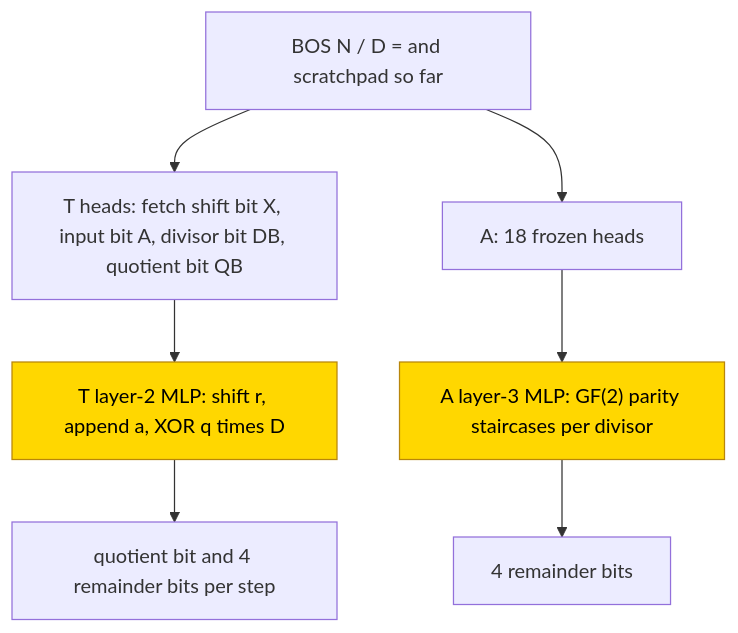
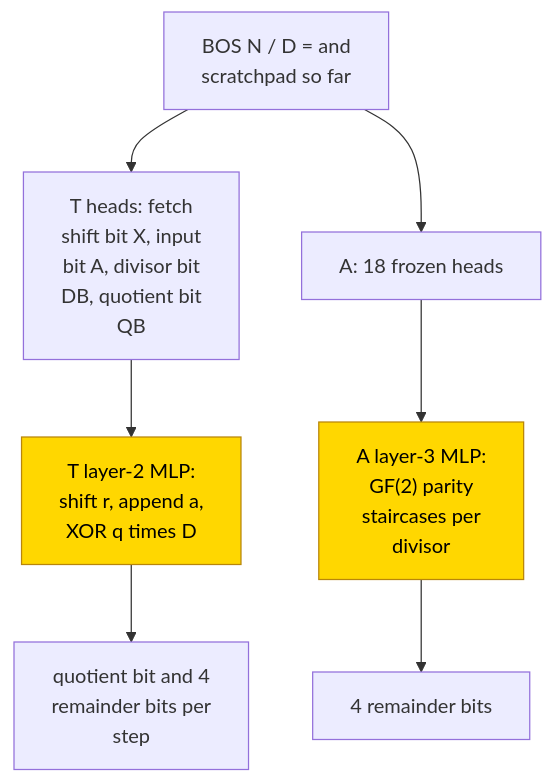
The first of 2 diagrams in entries/crc-remainder.md (jc1122/mechanistic-interpretability-circuit-atlas), drawn with Mermaid before and after one commit. The commit also changed other lines of this file and 39 other files, not shown here.

````diff
--- a/entries/crc-remainder.md
+++ b/entries/crc-remainder.md
@@ -97,13 +97,13 @@
 ```mermaid
 flowchart TD
     accTitle: Hand-built scratchpad and answer-only remainder routes
     accDescr: Scratchpad heads fetch shift, input, divisor and quotient bits before the stage shifts and XORs the conditional divisor. The answer-only route instead uses parity staircases. Only the marked stage MLP is trained in each PART format; heads remain frozen.
-    P["BOS N / D = and scratchpad so far"] --> HT["T heads: fetch shift bit X, input bit A, divisor bit DB, quotient bit QB"]
-    HT --> ST["T layer-2 MLP: shift r, append a, XOR q times D"]
-    ST --> YT["quotient bit and 4 remainder bits per step"]
+    P["BOS N / D = and<br/>scratchpad so far"] --> HT["T heads: fetch<br/>shift bit X, input<br/>bit A, divisor bit<br/>DB, quotient bit<br/>QB"]
+    HT --> ST["T layer-2 MLP:<br/>shift r, append a,<br/>XOR q times D"]
+    ST --> YT["quotient bit and 4<br/>remainder bits per<br/>step"]
     P --> HA["A: 18 frozen heads"]
-    HA --> SA["A layer-3 MLP: GF(2) parity staircases per divisor"]
+    HA --> SA["A layer-3 MLP:<br/>GF(2) parity<br/>staircases per<br/>divisor"]
     SA --> YA["4 remainder bits"]
     classDef trained fill:gold,stroke:darkgoldenrod,color:black
     class ST,SA trained
 ```
````
